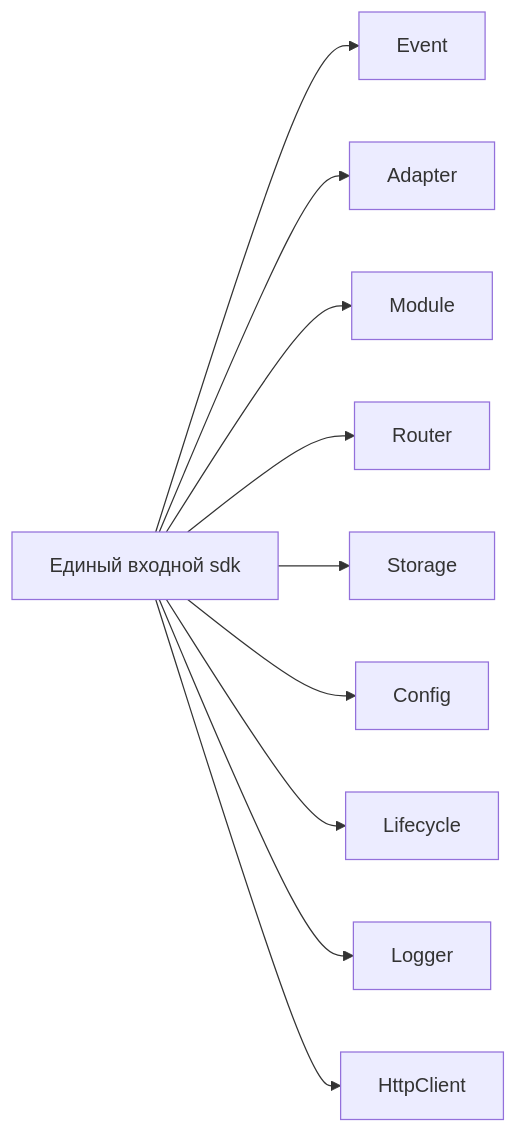
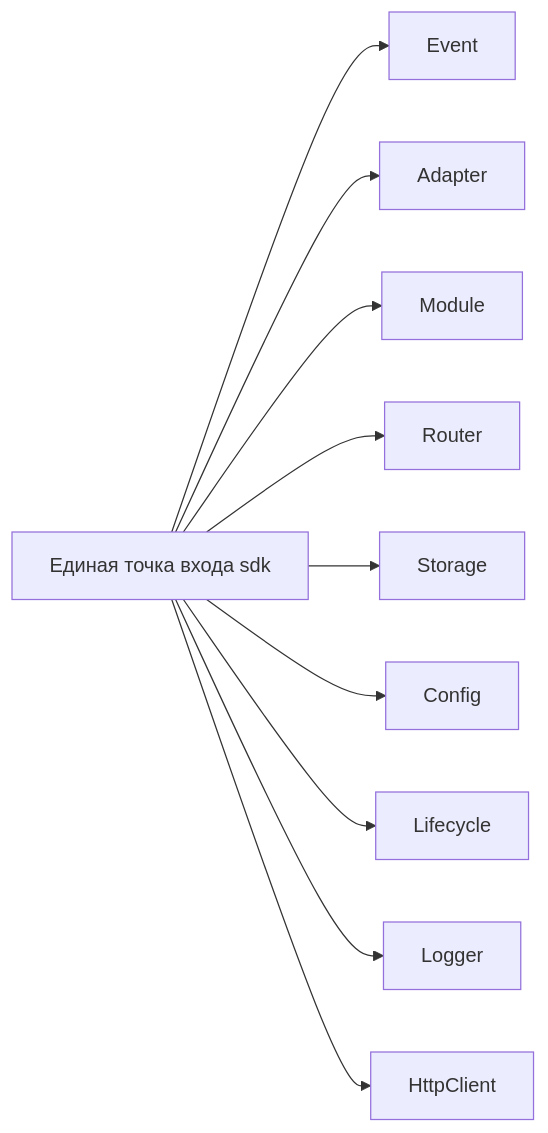
One commit to ErisPulse/ErisPulse changed the second of 2 diagrams in README.ru.md. Above: the diagram before and after it, drawn with Mermaid. The commit also changed other lines of this file and 98 other files, not shown here.

````diff
--- a/README.ru.md
+++ b/README.ru.md
@@ -398,5 +399,5 @@
 ```mermaid
 graph LR
-    SDK["Единый входной sdk"] --> Event & Adapter & Module & Router & Storage
+    SDK["Единая точка входа sdk"] --> Event & Adapter & Module & Router & Storage
     SDK --> Config & Lifecycle & Logger & HttpClient
 ```
````
